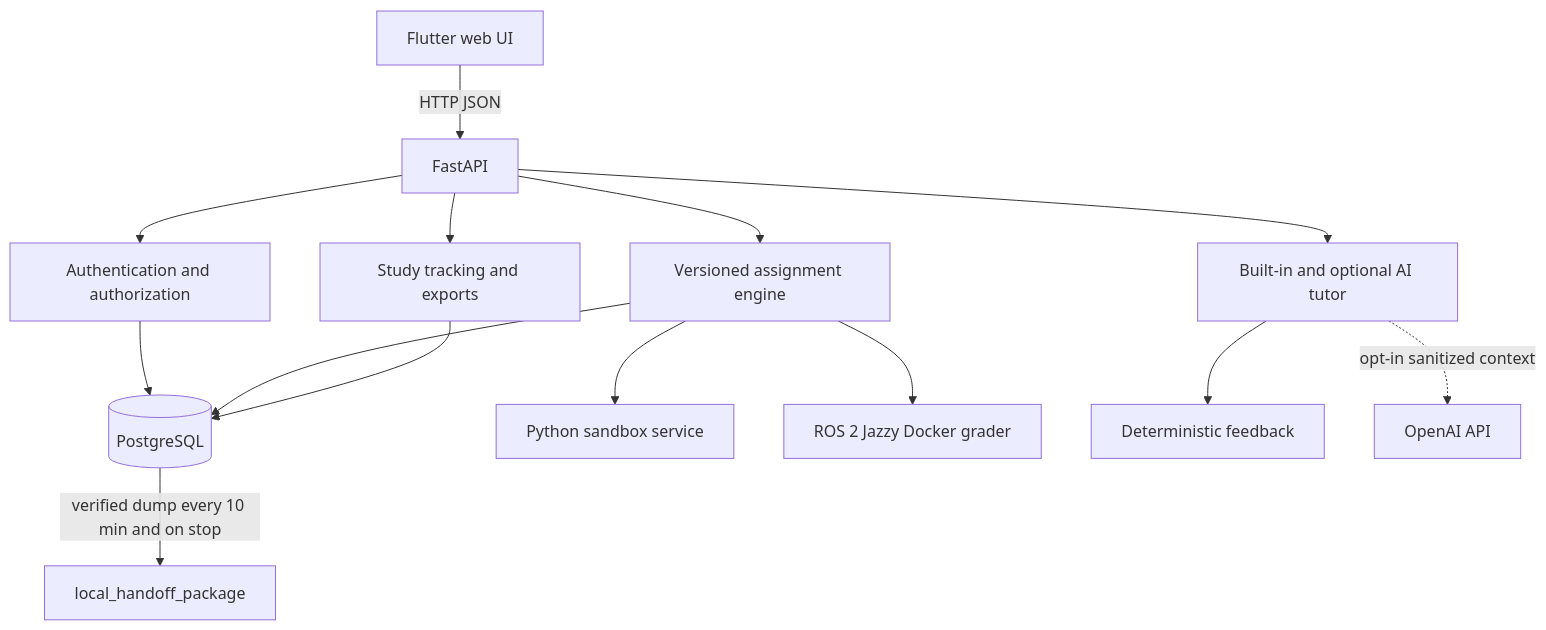
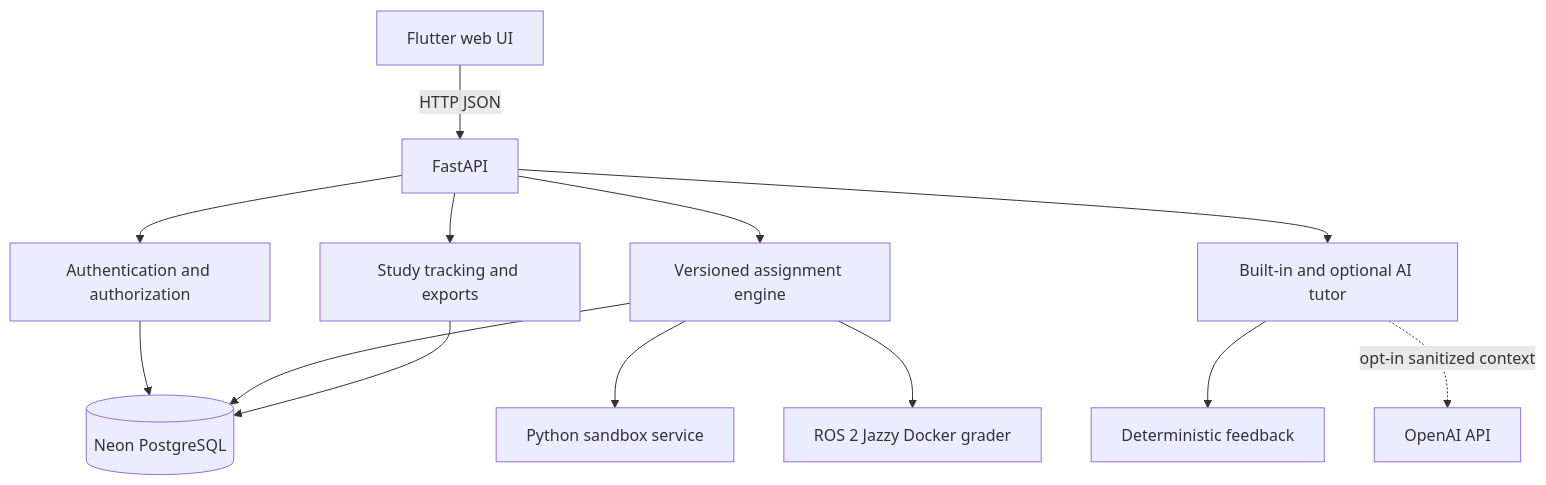
The second of 2 diagrams in README.md (CS-Ponkoj/Robotics-Programming-Lab-Live), drawn with Mermaid before and after one commit. The commit also changed other lines of this file and 28 other files, not shown here.

````diff
--- a/README.md
+++ b/README.md
@@ -137,16 +132,15 @@
 ```mermaid
 flowchart TB
     Browser[Flutter web UI] -->|HTTP JSON| API[FastAPI]
     API --> Auth[Authentication and authorization]
     API --> Engine[Versioned assignment engine]
     API --> Tutor[Built-in and optional AI tutor]
     API --> Research[Study tracking and exports]
-    Auth --> DB[(PostgreSQL)]
+    Auth --> DB[(Neon PostgreSQL)]
     Engine --> DB
     Research --> DB
-    DB -->|verified dump every 10 min and on stop| Backup[local_handoff_package]
     Engine --> PythonSandbox[Python sandbox service]
     Engine --> ROS[ROS 2 Jazzy Docker grader]
     Tutor --> BuiltIn[Deterministic feedback]
     Tutor -. opt-in sanitized context .-> OpenAI[OpenAI API]
 ```
````
